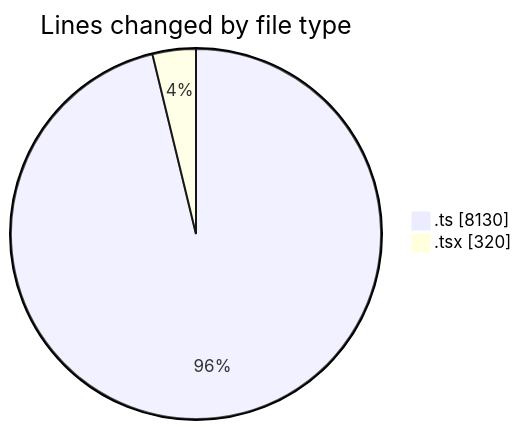
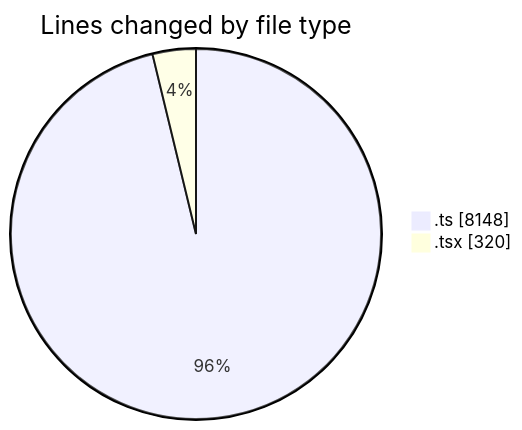
One commit to momahboobian/code-tracking changed the first of 2 diagrams in 2025-08-13/cda/README.md. Above: the diagram before and after it, drawn with Mermaid. The commit also changed other lines of this file and 1 other file, not shown here.

````diff
--- a/2025-08-13/cda/README.md
+++ b/2025-08-13/cda/README.md
@@ -24,6 +24,6 @@
 ```mermaid
 pie showData
 title Lines changed by file type
-".ts" : 8130
+".ts" : 8148
 ".tsx" : 320
 ```
````
